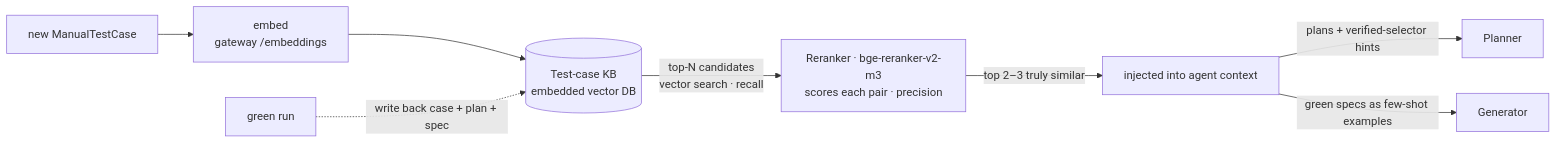
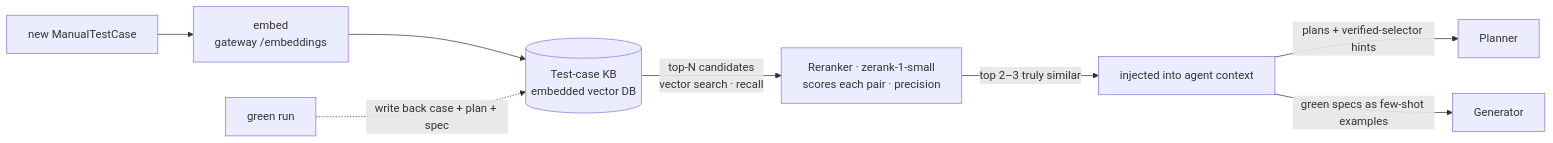
Before and after one commit to jpucic00/agentic-test-automation: the third of 3 diagrams in docs/ARCHITECTURE.md, drawn with Mermaid. The commit also changed other lines of this file and 36 other files, not shown here.

````diff
--- a/docs/ARCHITECTURE.md
+++ b/docs/ARCHITECTURE.md
@@ -216,10 +221,10 @@
 ```mermaid
 flowchart LR
     MTC["new ManualTestCase"] --> EMB["embed<br/>gateway /embeddings"]
     EMB --> KB[("Test-case KB<br/>embedded vector DB")]
-    KB -->|"top-N candidates<br/>vector search · recall"| RR["Reranker · bge-reranker-v2-m3<br/>scores each pair · precision"]
+    KB -->|"top-N candidates<br/>vector search · recall"| RR["Reranker · zerank-1-small<br/>scores each pair · precision"]
     RR -->|top 2–3 truly similar| INJ["injected into agent context"]
     INJ -->|plans + verified-selector hints| PL2["Planner"]
     INJ -->|green specs as few-shot examples| GE2["Generator"]
     GRN["green run"] -. write back case + plan + spec .-> KB
 ```
````
